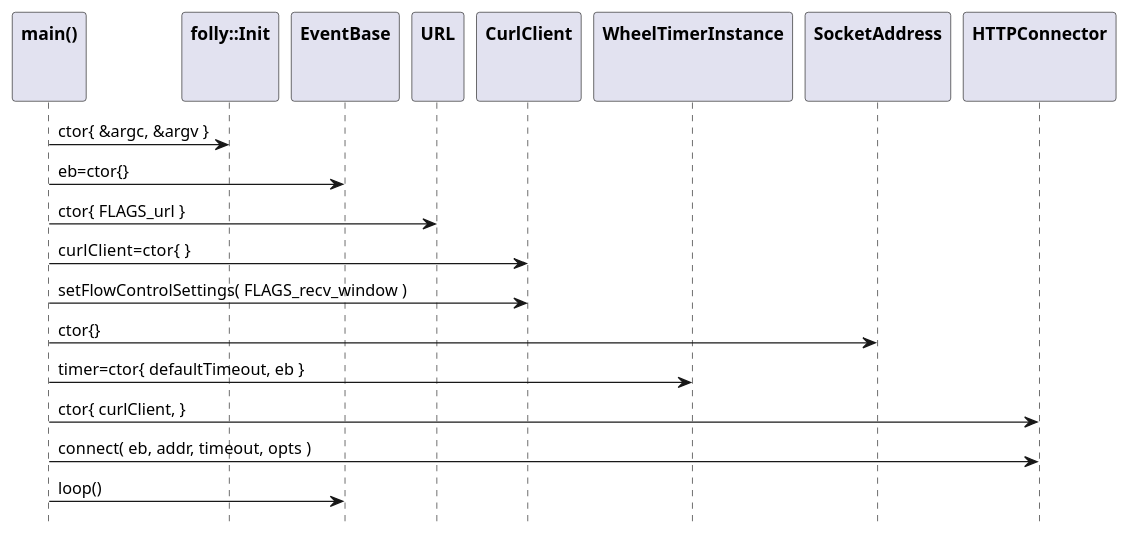
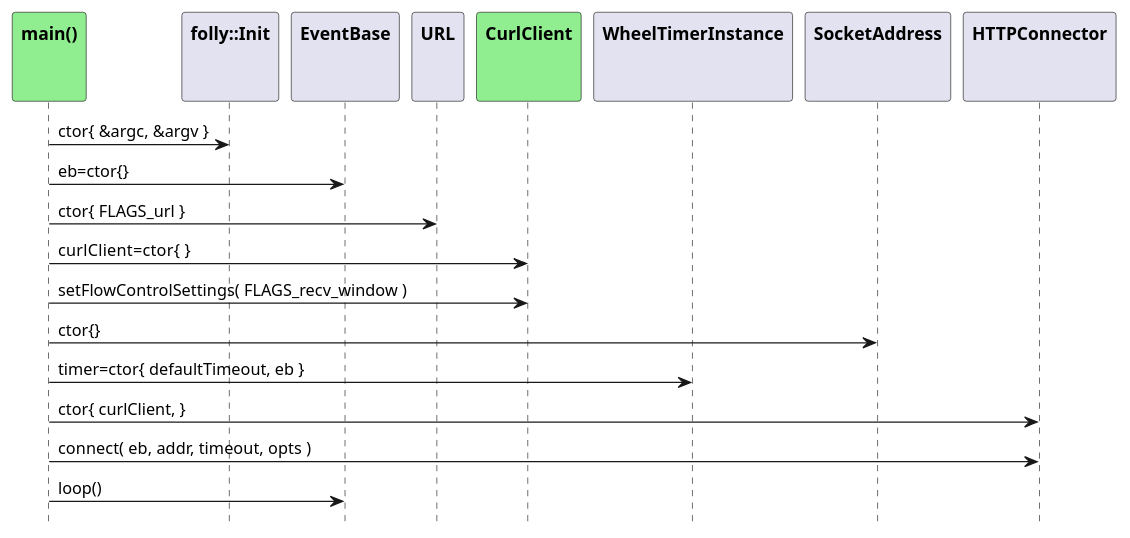
The first of 3 diagrams in doc/proxygen-curl-sample.adoc (patrickhallinan/hello-proxygen), drawn with PlantUML before and after one commit. The commit also changed other lines of this file and 8 other files, not shown here.

```diff
--- a/doc/proxygen-curl-sample.adoc
+++ b/doc/proxygen-curl-sample.adoc
@@ -37,30 +37,30 @@
 [plantuml, "proxygen-curl-init-seq.puml", svg]
 ----
 hide footbox
 
-participant "**main()**\n\n" as main
+participant "**main()**\n\n" as main #LightGreen
 participant "**folly::Init**\n\n" as Init
 participant "**EventBase**\n\n" as EventBase
 participant "**URL**\n\n" as URL
-participant "**CurlClient**\n\n" as CurlClient
+participant "**CurlClient**\n\n" as CurlClient  #LightGreen
 participant "**WheelTimerInstance**\n\n" as WheelTimerInstance
 
 participant "**SocketAddress**\n\n" as SocketAddress
 participant "**HTTPConnector**\n\n" as HTTPConnector
 
 
 main -> Init : ctor{ &argc, &argv }
 main -> EventBase : eb=ctor{}
 main -> URL : ctor{ FLAGS_url }
 main -> CurlClient : curlClient=ctor{  }
 
 main -> CurlClient : setFlowControlSettings( FLAGS_recv_window )
 main -> SocketAddress : ctor{}
 
 main -> WheelTimerInstance : timer=ctor{ defaultTimeout, eb }
 
 main -> HTTPConnector : ctor{ curlClient, }
 main -> HTTPConnector : connect( eb, addr, timeout, opts )
 
 main -> EventBase : loop()
 ----
```
